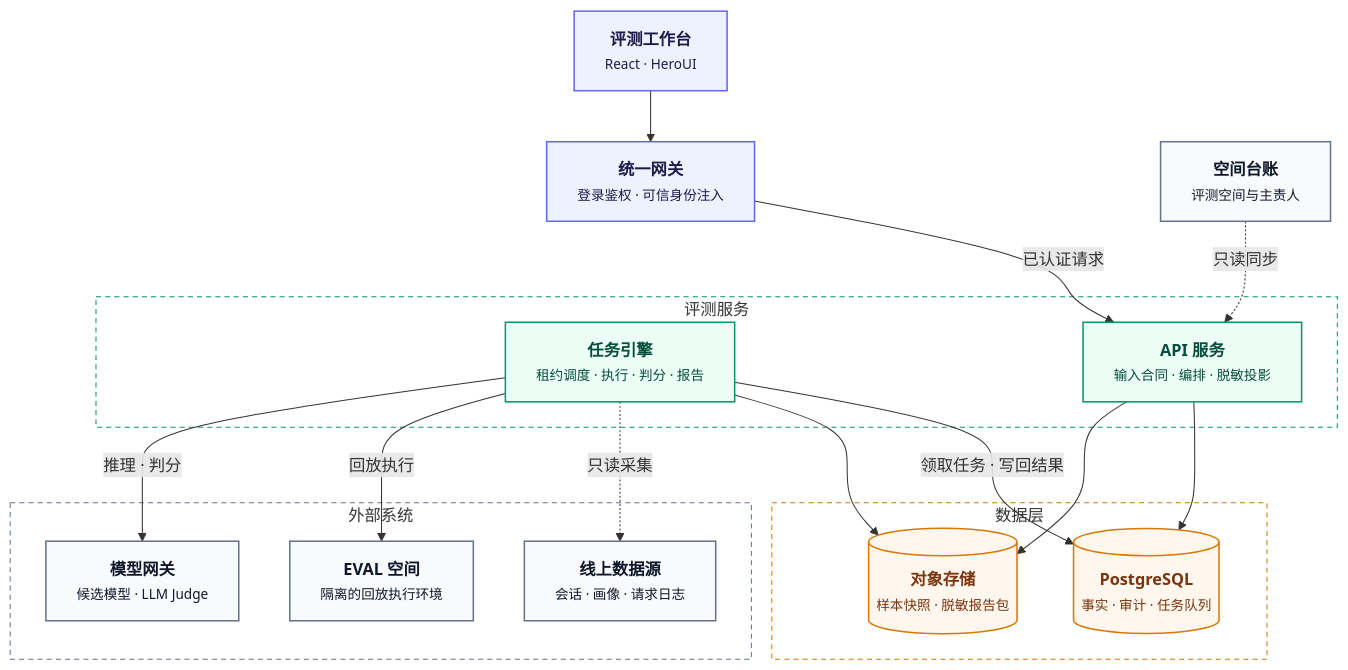
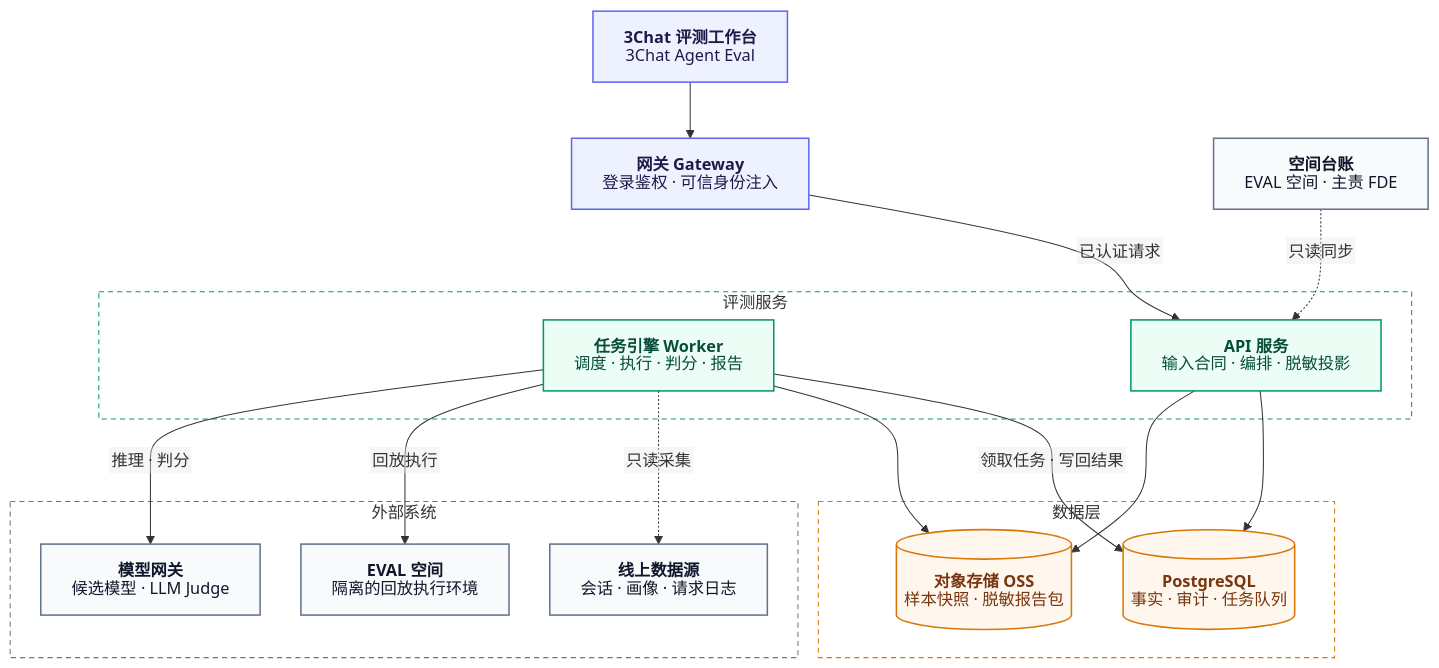
One commit to 3ChatAI-NCT/3chatai-chat-benchmark changed the second of 2 diagrams in README.md. Above: the diagram before and after it, drawn with Mermaid. The commit also changed other lines of this file, not shown here.

Commit message:
Refine README diagrams and trim implementation details
Render diagram labels as SVG text so they are never clipped when the
viewer's fonts differ from the ones used to size the nodes, apply the
updated node copy, and drop storage implementation details.

````diff
--- a/README.md
+++ b/README.md
@@ -104,46 +118,64 @@
 ```mermaid
+---
+config:
+  htmlLabels: false
+  flowchart:
+    htmlLabels: false
+    nodeSpacing: 40
+    rankSpacing: 55
+---
 flowchart TB
-    UI["<b>评测工作台</b><br/><small>React · HeroUI</small>"]
-    GW["<b>统一网关</b><br/><small>登录鉴权 · 可信身份注入</small>"]
-    REG["<b>空间台账</b><br/><small>评测空间与主责人</small>"]
+    UI["`**3Chat 评测工作台**
+    3Chat Agent Eval`"]
+    GW["`**网关 Gateway**
+    登录鉴权 · 可信身份注入`"]
+    REG["`**空间台账**
+    EVAL 空间 · 主责 FDE`"]
 
     subgraph CORE["评测服务"]
-        API["<b>API 服务</b><br/><small>输入合同 · 编排 · 脱敏投影</small>"]
-        WK["<b>任务引擎</b><br/><small>租约调度 · 执行 · 判分 · 报告</small>"]
+        API["`**API 服务**
+        输入合同 · 编排 · 脱敏投影`"]
+        WK["`**任务引擎 Worker**
+        调度 · 执行 · 判分 · 报告`"]
     end
 
     subgraph DATA["数据层"]
-        PG[("<b>PostgreSQL</b><br/><small>事实 · 审计 · 任务队列</small>")]
-        OSS[("<b>对象存储</b><br/><small>样本快照 · 脱敏报告包</small>")]
+        PG[("`**PostgreSQL**
+        事实 · 审计 · 任务队列`")]
+        OSS[("`**对象存储 OSS**
+        样本快照 · 脱敏报告包`")]
     end
 
     subgraph EXT["外部系统"]
-        SRC["<b>线上数据源</b><br/><small>会话 · 画像 · 请求日志</small>"]
-        EVAL["<b>EVAL 空间</b><br/><small>隔离的回放执行环境</small>"]
-        LLM["<b>模型网关</b><br/><small>候选模型 · LLM Judge</small>"]
+        SRC["`**线上数据源**
+        会话 · 画像 · 请求日志`"]
+        EVAL["`**EVAL 空间**
+        隔离的回放执行环境`"]
+        LLM["`**模型网关**
+        候选模型 · LLM Judge`"]
     end
 
     UI --> GW
     GW -->|已认证请求| API
     GW ~~~ WK
     REG -.->|只读同步| API
     API --> PG
     API --> OSS
     WK -->|领取任务 · 写回结果| PG
     WK --> OSS
     WK -.->|只读采集| SRC
     WK -->|回放执行| EVAL
     WK -->|推理 · 判分| LLM
 
     classDef access fill:#EEF2FF,stroke:#6366F1,stroke-width:1.5px,color:#1E1B4B
     classDef service fill:#ECFDF5,stroke:#059669,stroke-width:1.5px,color:#064E3B
     classDef data fill:#FFF7ED,stroke:#D97706,stroke-width:1.5px,color:#78350F
     classDef external fill:#F8FAFC,stroke:#64748B,stroke-width:1.5px,color:#0F172A
     class UI,GW access
     class API,WK service
     class PG,OSS data
     class REG,SRC,EVAL,LLM external
     style CORE fill:transparent,stroke:#059669,stroke-dasharray:5 4
     style DATA fill:transparent,stroke:#D97706,stroke-dasharray:5 4
     style EXT fill:transparent,stroke:#64748B,stroke-dasharray:5 4
 ```
````
